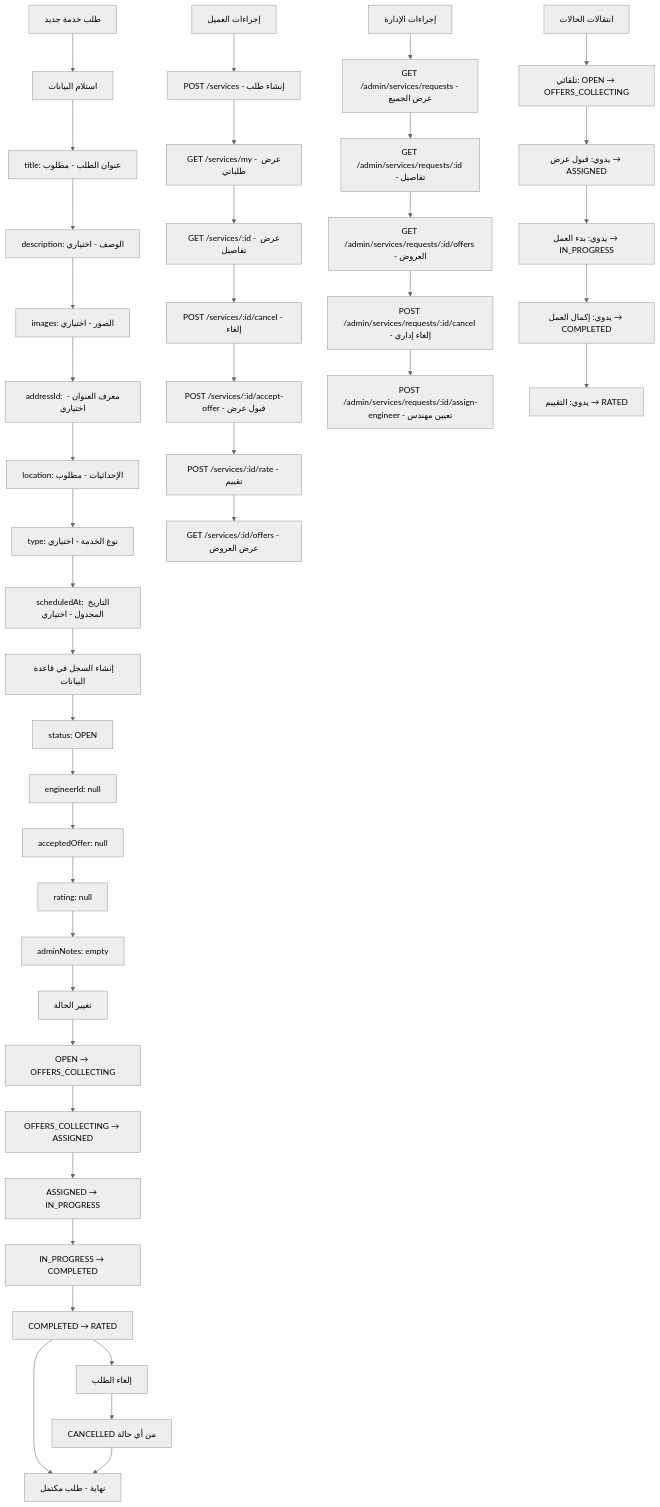
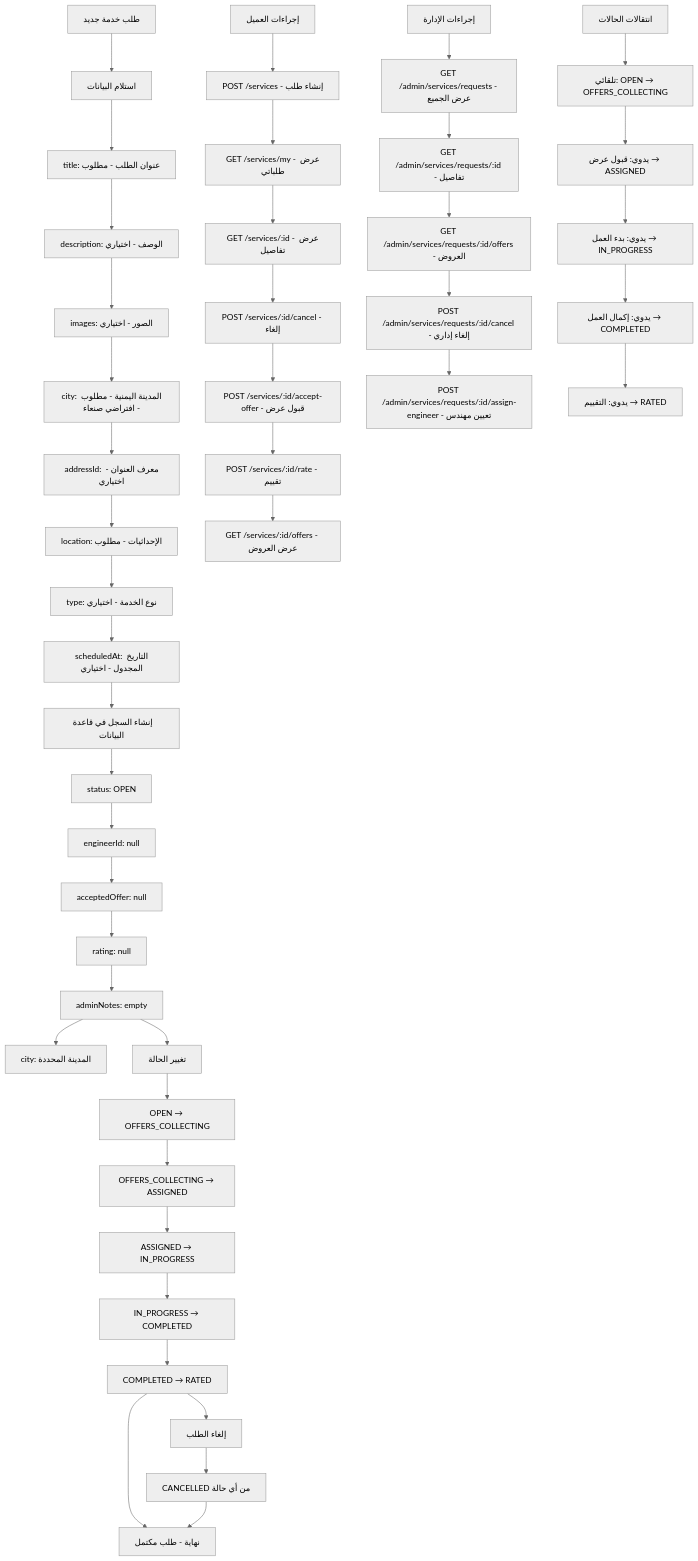
The diagram in docs/requirements/flows/services/service-request-flow.mmd (mpro775/tagdod-project), drawn with Mermaid (neutral theme) before and after one commit. The commit also changed 126 other files, not shown here.

```diff
--- a/docs/requirements/flows/services/service-request-flow.mmd
+++ b/docs/requirements/flows/services/service-request-flow.mmd
@@ -1,55 +1,57 @@
 %% Service Request Flow
 %% View at https://mermaid.live
 flowchart TD
   A[طلب خدمة جديد] --> B[استلام البيانات]
   B --> B1[title: عنوان الطلب - مطلوب]
   B1 --> B2[description: الوصف - اختياري]
   B2 --> B3[images: الصور - اختياري]
-  B3 --> B4[addressId: معرف العنوان - اختياري]
+  B3 --> B3A[city: المدينة اليمنية - مطلوب - افتراضي صنعاء]
+  B3A --> B4[addressId: معرف العنوان - اختياري]
   B4 --> B5[location: الإحداثيات - مطلوب]
   B5 --> B6[type: نوع الخدمة - اختياري]
   B6 --> B7[scheduledAt: التاريخ المجدول - اختياري]
 
   B7 --> C[إنشاء السجل في قاعدة البيانات]
   C --> C1[status: OPEN]
   C1 --> C2[engineerId: null]
   C2 --> C3[acceptedOffer: null]
   C3 --> C4[rating: null]
   C4 --> C5[adminNotes: empty]
+  C5 --> C6[city: المدينة المحددة]
 
   C5 --> D[تغيير الحالة]
   D --> D1[OPEN → OFFERS_COLLECTING]
   D1 --> D2[OFFERS_COLLECTING → ASSIGNED]
   D2 --> D3[ASSIGNED → IN_PROGRESS]
   D3 --> D4[IN_PROGRESS → COMPLETED]
   D4 --> D5[COMPLETED → RATED]
 
   D5 --> E[إلغاء الطلب]
   E --> E1[CANCELLED من أي حالة]
 
   %% Customer Actions
   F[إجراءات العميل] --> F1[POST /services - إنشاء طلب]
   F1 --> F2[GET /services/my - عرض طلباتي]
   F2 --> F3[GET /services/:id - عرض تفاصيل]
   F3 --> F4[POST /services/:id/cancel - إلغاء]
   F4 --> F5[POST /services/:id/accept-offer - قبول عرض]
   F5 --> F6[POST /services/:id/rate - تقييم]
   F6 --> F7[GET /services/:id/offers - عرض العروض]
 
   %% Admin Actions
   G[إجراءات الإدارة] --> G1[GET /admin/services/requests - عرض الجميع]
   G1 --> G2[GET /admin/services/requests/:id - تفاصيل]
   G2 --> G3[GET /admin/services/requests/:id/offers - العروض]
   G3 --> G4[POST /admin/services/requests/:id/cancel - إلغاء إداري]
   G4 --> G5[POST /admin/services/requests/:id/assign-engineer - تعيين مهندس]
 
   %% Status Transitions
   H[انتقالات الحالات] --> H1[تلقائي: OPEN → OFFERS_COLLECTING]
   H1 --> H2[يدوي: قبول عرض → ASSIGNED]
   H2 --> H3[يدوي: بدء العمل → IN_PROGRESS]
   H3 --> H4[يدوي: إكمال العمل → COMPLETED]
   H4 --> H5[يدوي: التقييم → RATED]
 
   %% End points
   D5 --> I[نهاية - طلب مكتمل]
   E1 --> I
```
